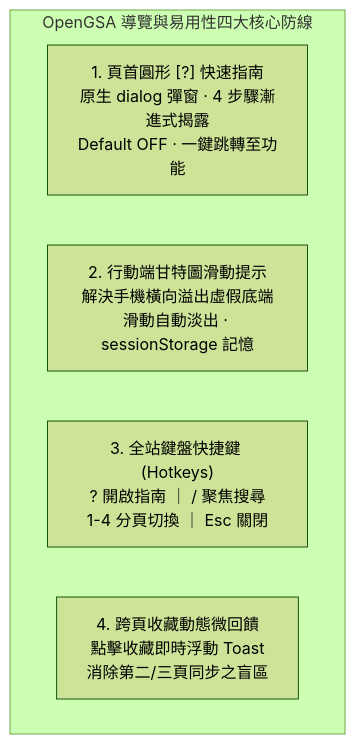
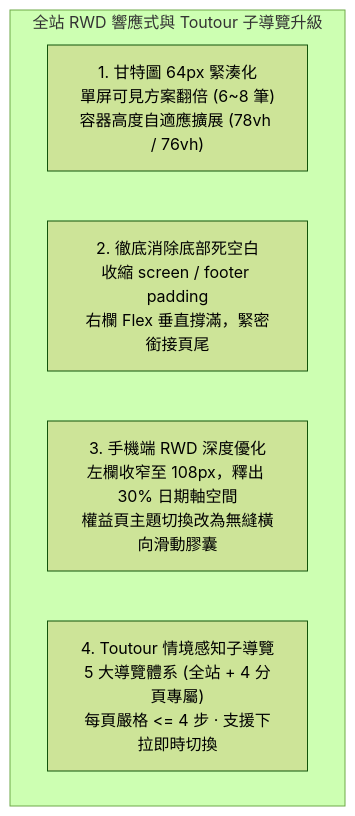
The first of 2 diagrams in docs/UI-UX-ONBOARDING-AND-ROADMAP-TODO.md (matt-ye/opengsa), drawn with Mermaid (forest theme) before and after one commit. The commit also changed other lines of this file and 5 other files, not shown here.

Commit message:
feat(rwd-subtours): 全站四分頁RWD優化、甘特圖64px緊湊放大、消滅底部死空白與Toutour情境感知子導覽體系

````diff
--- a/docs/UI-UX-ONBOARDING-AND-ROADMAP-TODO.md
+++ b/docs/UI-UX-ONBOARDING-AND-ROADMAP-TODO.md
@@ -13,9 +16,9 @@
 ```mermaid
 flowchart TD
-    subgraph UI_UX_UPGRADE["OpenGSA 導覽與易用性四大核心防線"]
-        G1["1. 頁首圓形 [?] 快速指南<br>原生 dialog 彈窗 · 4 步驟漸進式揭露<br>Default OFF · 一鍵跳轉至功能"]
-        G2["2. 行動端甘特圖滑動提示<br>解決手機橫向溢出虛假底端<br>滑動自動淡出 · sessionStorage 記憶"]
-        G3["3. 全站鍵盤快捷鍵 (Hotkeys)<br>? 開啟指南 ｜ / 聚焦搜尋<br>1-4 分頁切換 ｜ Esc 關閉"]
-        G4["4. 跨頁收藏動態微回饋<br>點擊收藏即時浮動 Toast<br>消除第二/三頁同步之盲區"]
+    subgraph SYSTEM_UPGRADE["全站 RWD 響應式與 Toutour 子導覽升級"]
+        R1["1. 甘特圖 64px 緊湊化<br>單屏可見方案翻倍 (6~8 筆)<br>容器高度自適應擴展 (78vh / 76vh)"]
+        R2["2. 徹底消除底部死空白<br>收縮 screen / footer padding<br>右欄 Flex 垂直撐滿，緊密銜接頁尾"]
+        R3["3. 手機端 RWD 深度優化<br>左欄收窄至 108px，釋出 30% 日期軸空間<br>權益頁主題切換改為無縫橫向滑動膠囊"]
+        R4["4. Toutour 情境感知子導覽<br>5 大導覽體系 (全站 + 4 分頁專屬)<br>每頁嚴格 <= 4 步 · 支援下拉即時切換"]
     end
 ```
````
